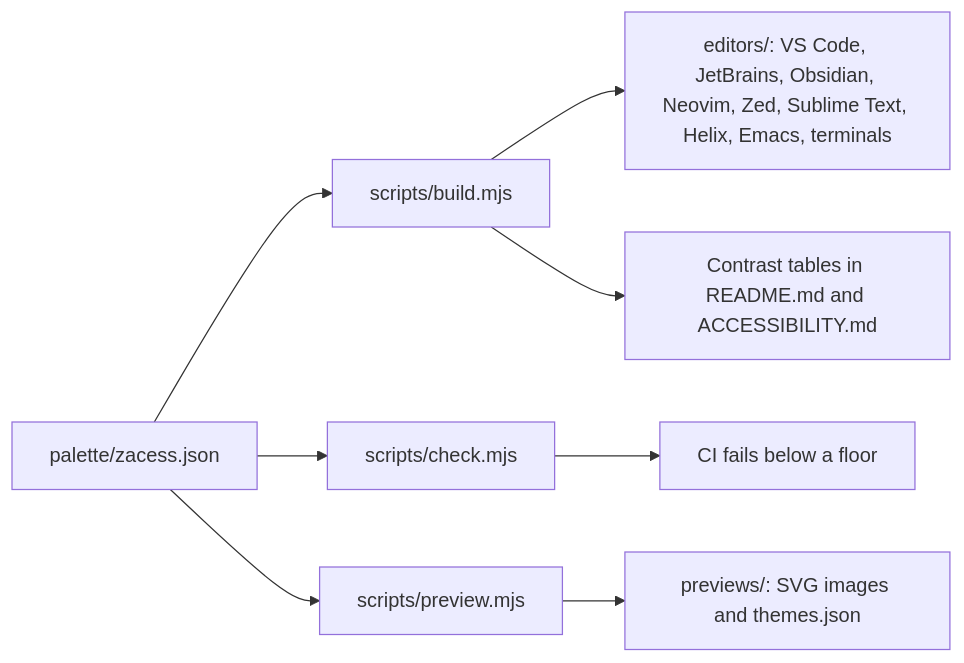
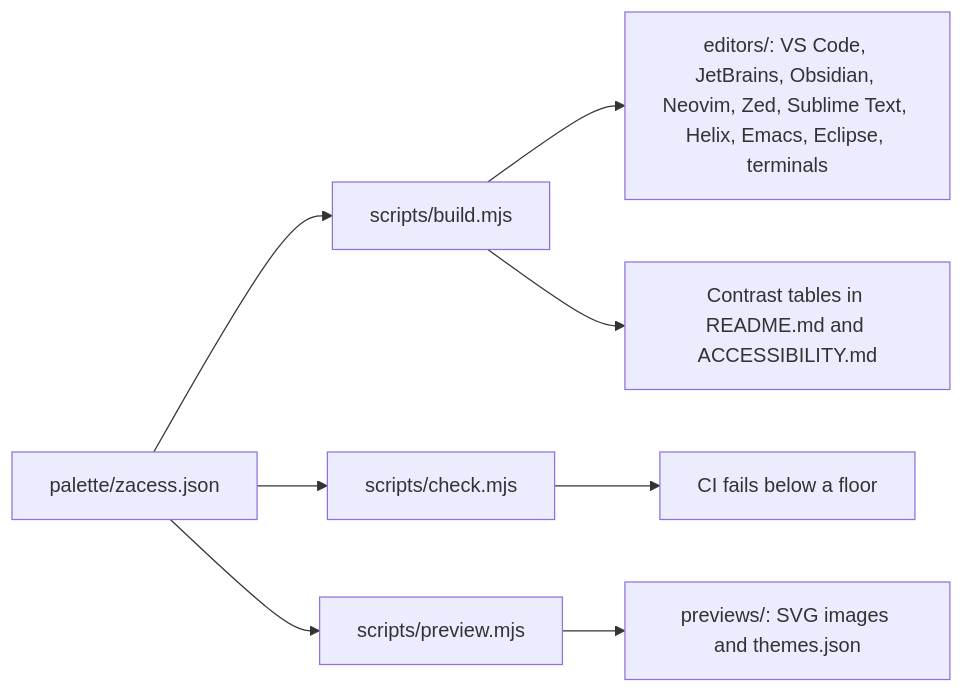
Before and after one commit to zacesshq/themes: the diagram in README.md, drawn with Mermaid. The commit also changed other lines of this file and 132 other files, not shown here.

````diff
--- a/README.md
+++ b/README.md
@@ -172,10 +189,10 @@
 ```mermaid
 flowchart LR
     Palette["palette/zacess.json"] --> Build["scripts/build.mjs"]
     Palette --> Check["scripts/check.mjs"]
     Palette --> Preview["scripts/preview.mjs"]
-    Build --> Editors["editors/: VS Code, JetBrains, Obsidian, Neovim, Zed, Sublime Text, Helix, Emacs, terminals"]
+    Build --> Editors["editors/: VS Code, JetBrains, Obsidian, Neovim, Zed, Sublime Text, Helix, Emacs, Eclipse, terminals"]
     Build --> Tables["Contrast tables in README.md and ACCESSIBILITY.md"]
     Preview --> Previews["previews/: SVG images and themes.json"]
     Check --> CI["CI fails below a floor"]
 ```
````
